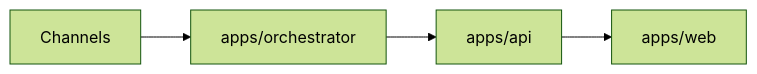
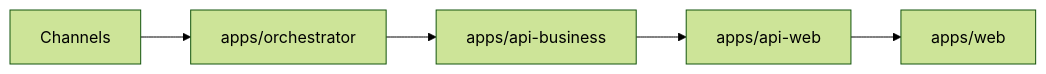
One commit to CiceroDeveloper01/rag-platform changed the fourth of 6 diagrams in docs/ARCHITECTURE_DECISIONS.md. Above: the diagram before and after it, drawn with Mermaid (forest theme). The commit also changed other lines of this file and 527 other files, not shown here.

Commit message:
refactor: align monorepo with web, api-web, api-business and orchestrator boundaries

````diff
--- a/docs/ARCHITECTURE_DECISIONS.md
+++ b/docs/ARCHITECTURE_DECISIONS.md
@@ -104,6 +105,7 @@
 ```mermaid
 flowchart LR
     Channels[Channels] --> Orchestrator[apps/orchestrator]
-    Orchestrator --> API[apps/api]
-    API --> Web[apps/web]
+    Orchestrator --> APIBusiness[apps/api-business]
+    APIBusiness --> APIWeb[apps/api-web]
+    APIWeb --> Web[apps/web]
 ```
````
